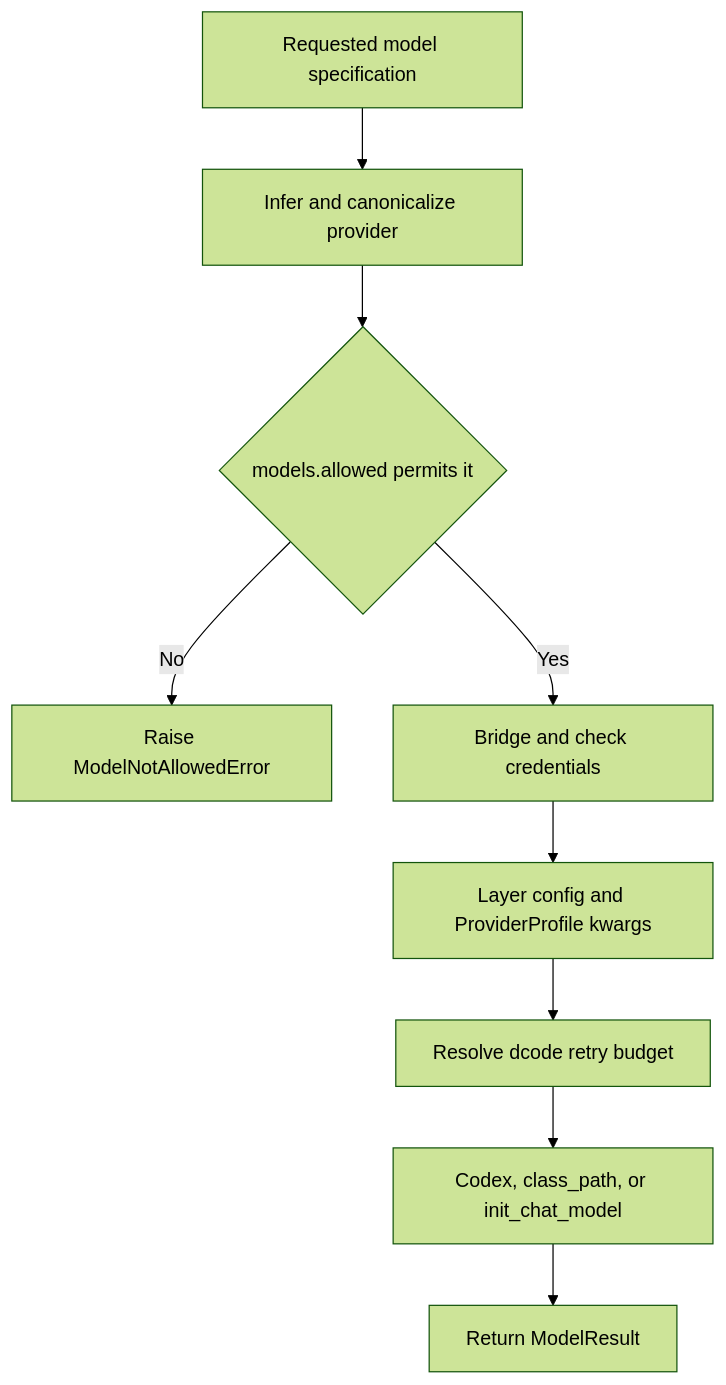
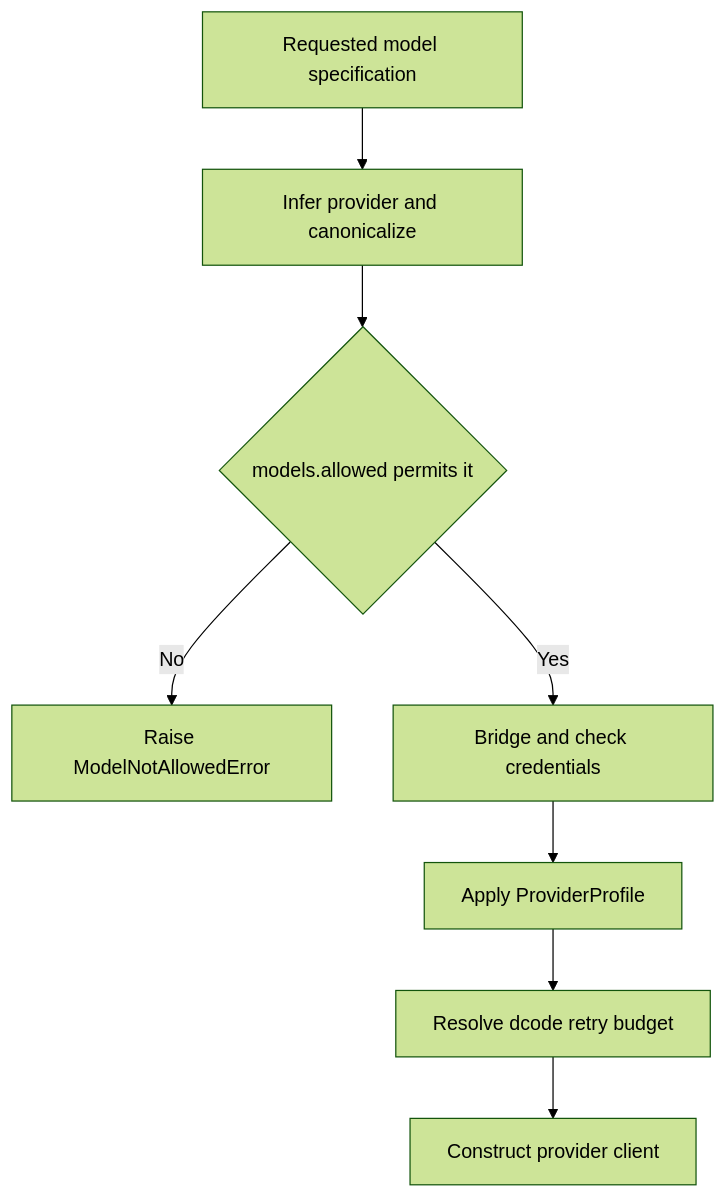
One commit to langchain-ai/deepagents changed the second of 3 diagrams in openwiki/concepts/profiles-models.md. Above: the diagram before and after it, drawn with Mermaid (forest theme). The commit also changed other lines of this file and 34 other files, not shown here.

````diff
--- a/openwiki/concepts/profiles-models.md
+++ b/openwiki/concepts/profiles-models.md
@@ -126,11 +85,10 @@
 ```mermaid
 flowchart TD
-    Request["Requested model specification"] --> Canonical["Infer and canonicalize provider"]
+    Request["Requested model specification"] --> Canonical["Infer provider and canonicalize"]
     Canonical --> Permit{"models.allowed permits it"}
     Permit -->|No| Deny["Raise ModelNotAllowedError"]
     Permit -->|Yes| Credentials["Bridge and check credentials"]
-    Credentials --> Compose["Layer config and ProviderProfile kwargs"]
-    Compose --> Retry["Resolve dcode retry budget"]
-    Retry --> Construct["Codex, class_path, or init_chat_model"]
-    Construct --> Result["Return ModelResult"]
+    Credentials --> Profile["Apply ProviderProfile"]
+    Profile --> Retry["Resolve dcode retry budget"]
+    Retry --> Construct["Construct provider client"]
 ```
````
